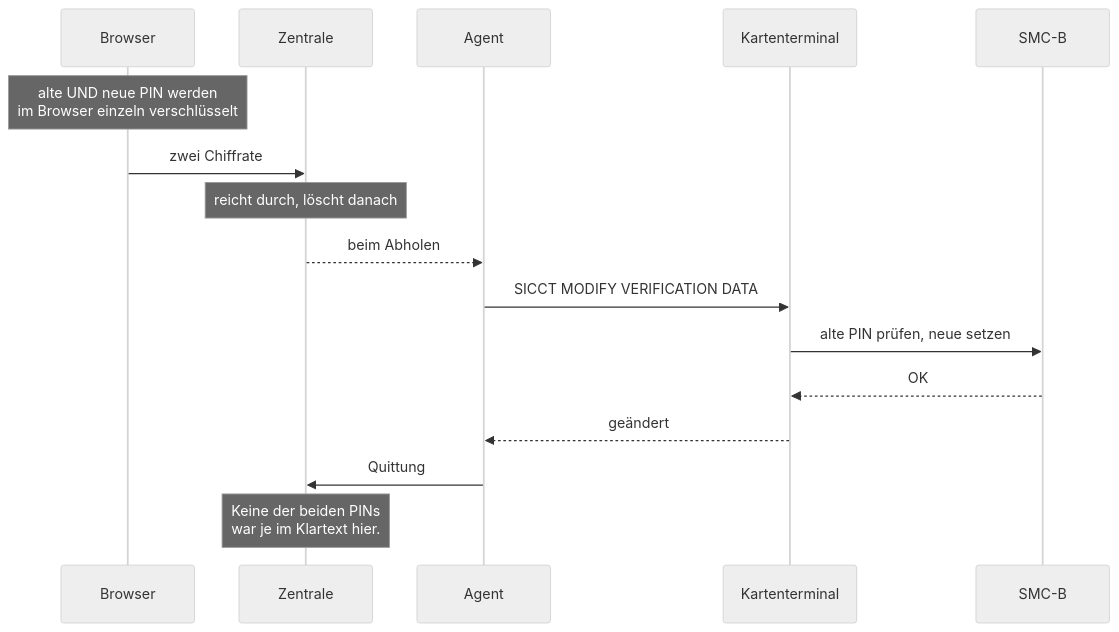
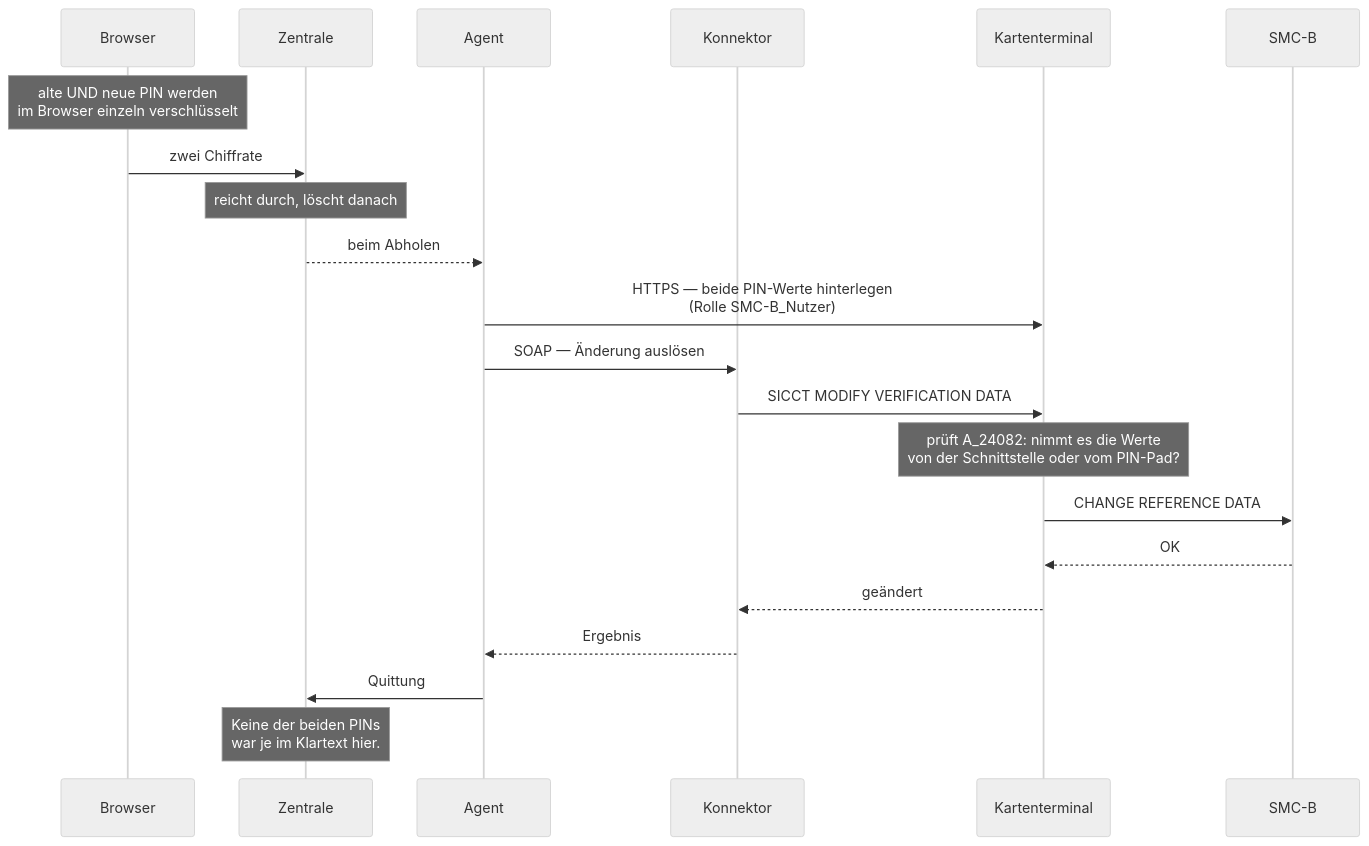
One commit to Mathi66/PIN-Roboter changed the diagram in docs/03-umsetzung/23-pin-aendern.md. Above: the diagram before and after it, drawn with Mermaid (neutral theme). The commit also changed other lines of this file and 12 other files, not shown here.

````diff
--- a/docs/03-umsetzung/23-pin-aendern.md
+++ b/docs/03-umsetzung/23-pin-aendern.md
@@ -20,19 +20,24 @@
 ```mermaid
 sequenceDiagram
     participant B as Browser
     participant Z as Zentrale
     participant AG as Agent
+    participant KON as Konnektor
     participant KT as Kartenterminal
     participant C as SMC-B
 
     Note over B: alte UND neue PIN werden<br/>im Browser einzeln verschlüsselt
     B->>Z: zwei Chiffrate
     Note over Z: reicht durch, löscht danach
     Z-->>AG: beim Abholen
-    AG->>KT: SICCT MODIFY VERIFICATION DATA
-    KT->>C: alte PIN prüfen, neue setzen
+    AG->>KT: HTTPS — beide PIN-Werte hinterlegen<br/>(Rolle SMC-B_Nutzer)
+    AG->>KON: SOAP — Änderung auslösen
+    KON->>KT: SICCT MODIFY VERIFICATION DATA
+    Note over KT: prüft A_24082: nimmt es die Werte<br/>von der Schnittstelle oder vom PIN-Pad?
+    KT->>C: CHANGE REFERENCE DATA
     C-->>KT: OK
-    KT-->>AG: geändert
+    KT-->>KON: geändert
+    KON-->>AG: Ergebnis
     AG->>Z: Quittung
     Note over Z: Keine der beiden PINs<br/>war je im Klartext hier.
 ```
````
